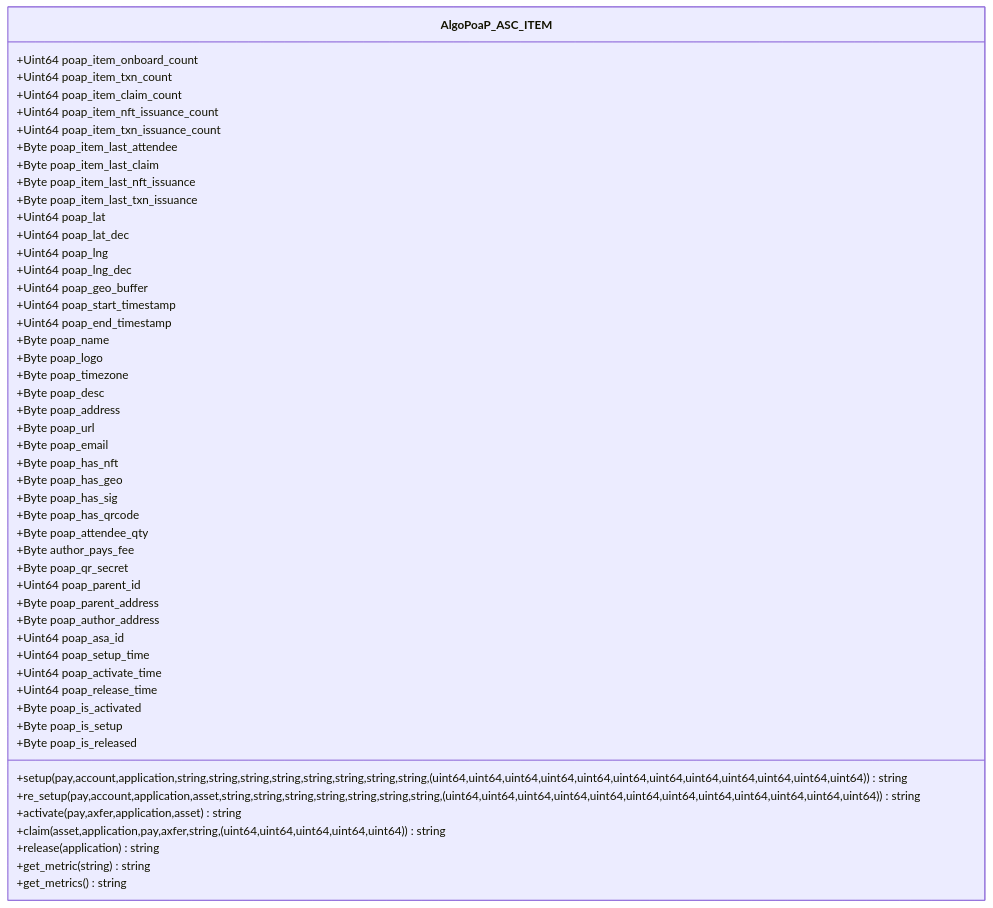
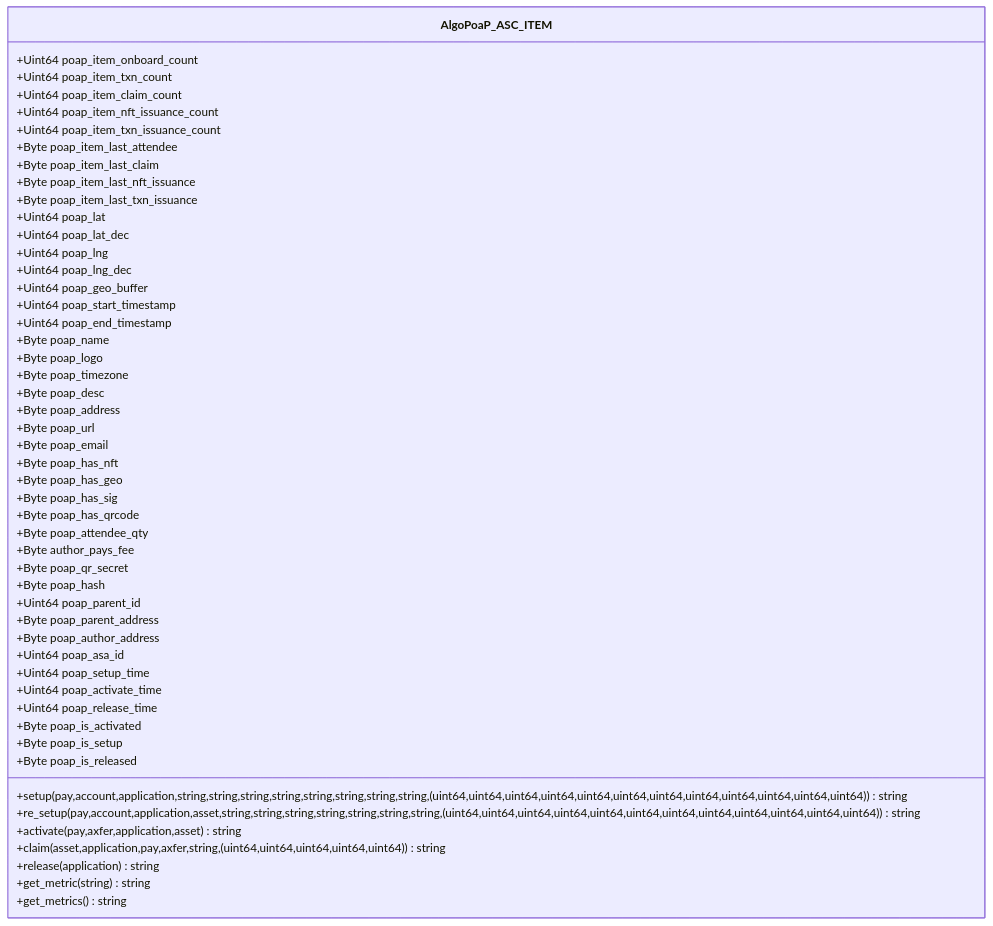
One commit to GoPlausible/.github changed the eighth of 8 diagrams in profile/README.md. Above: the diagram before and after it, drawn with Mermaid.

Commit message:
Update item contract global state

````diff
--- a/profile/README.md
+++ b/profile/README.md
@@ -552,68 +552,69 @@
 ```mermaid
   classDiagram
     class AlgoPoaP_ASC_ITEM
 
     AlgoPoaP_ASC_ITEM : +Uint64 poap_item_onboard_count
     AlgoPoaP_ASC_ITEM : +Uint64 poap_item_txn_count
     AlgoPoaP_ASC_ITEM : +Uint64 poap_item_claim_count
     AlgoPoaP_ASC_ITEM : +Uint64 poap_item_nft_issuance_count
     AlgoPoaP_ASC_ITEM : +Uint64 poap_item_txn_issuance_count
   
     AlgoPoaP_ASC_ITEM : +Byte poap_item_last_attendee
     AlgoPoaP_ASC_ITEM : +Byte poap_item_last_claim
     AlgoPoaP_ASC_ITEM : +Byte poap_item_last_nft_issuance
     AlgoPoaP_ASC_ITEM : +Byte poap_item_last_txn_issuance
 
 
     AlgoPoaP_ASC_ITEM : +Uint64 poap_lat
     AlgoPoaP_ASC_ITEM : +Uint64 poap_lat_dec
     AlgoPoaP_ASC_ITEM : +Uint64 poap_lng
     AlgoPoaP_ASC_ITEM : +Uint64 poap_lng_dec
     AlgoPoaP_ASC_ITEM : +Uint64 poap_geo_buffer
     AlgoPoaP_ASC_ITEM : +Uint64 poap_start_timestamp
     AlgoPoaP_ASC_ITEM : +Uint64 poap_end_timestamp
     AlgoPoaP_ASC_ITEM : +Byte poap_name
     AlgoPoaP_ASC_ITEM : +Byte poap_logo
     AlgoPoaP_ASC_ITEM : +Byte poap_timezone
     AlgoPoaP_ASC_ITEM : +Byte poap_desc
     AlgoPoaP_ASC_ITEM : +Byte poap_address
     AlgoPoaP_ASC_ITEM : +Byte poap_url
     AlgoPoaP_ASC_ITEM : +Byte poap_email
     AlgoPoaP_ASC_ITEM : +Byte poap_has_nft
     AlgoPoaP_ASC_ITEM : +Byte poap_has_geo
     AlgoPoaP_ASC_ITEM : +Byte poap_has_sig
     AlgoPoaP_ASC_ITEM : +Byte poap_has_qrcode
     AlgoPoaP_ASC_ITEM : +Byte poap_attendee_qty
     AlgoPoaP_ASC_ITEM : +Byte author_pays_fee
     AlgoPoaP_ASC_ITEM : +Byte poap_qr_secret
+    AlgoPoaP_ASC_ITEM : +Byte poap_hash
 
 
     AlgoPoaP_ASC_ITEM : +Uint64 poap_parent_id
     AlgoPoaP_ASC_ITEM : +Byte poap_parent_address
     AlgoPoaP_ASC_ITEM : +Byte poap_author_address
     AlgoPoaP_ASC_ITEM : +Uint64 poap_asa_id
 
     AlgoPoaP_ASC_ITEM : +Uint64 poap_setup_time
     AlgoPoaP_ASC_ITEM : +Uint64 poap_activate_time
     AlgoPoaP_ASC_ITEM : +Uint64 poap_release_time
 
 
      AlgoPoaP_ASC_ITEM : +Byte poap_is_activated
     AlgoPoaP_ASC_ITEM : +Byte poap_is_setup
     AlgoPoaP_ASC_ITEM : +Byte poap_is_released
 
 
 
  
 
     AlgoPoaP_ASC_ITEM : +setup(pay,account,application,string,string,string,string,string,string,string,string,(uint64,uint64,uint64,uint64,uint64,uint64,uint64,uint64,uint64,uint64,uint64,uint64))string
     AlgoPoaP_ASC_ITEM : +re_setup(pay,account,application,asset,string,string,string,string,string,string,string,(uint64,uint64,uint64,uint64,uint64,uint64,uint64,uint64,uint64,uint64,uint64,uint64))string
     AlgoPoaP_ASC_ITEM : +activate(pay,axfer,application,asset)string
     AlgoPoaP_ASC_ITEM : +claim(asset,application,pay,axfer,string,(uint64,uint64,uint64,uint64,uint64))string
     AlgoPoaP_ASC_ITEM : +release(application)string
     AlgoPoaP_ASC_ITEM : +get_metric(string)string
     AlgoPoaP_ASC_ITEM : +get_metrics()string
     
   
     
 ```
````
